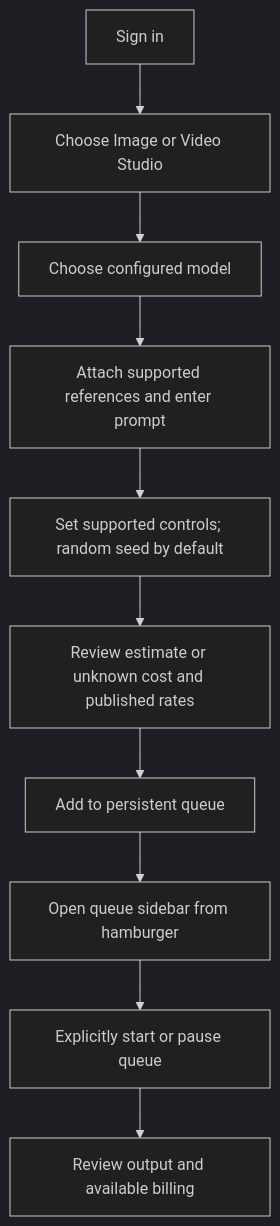
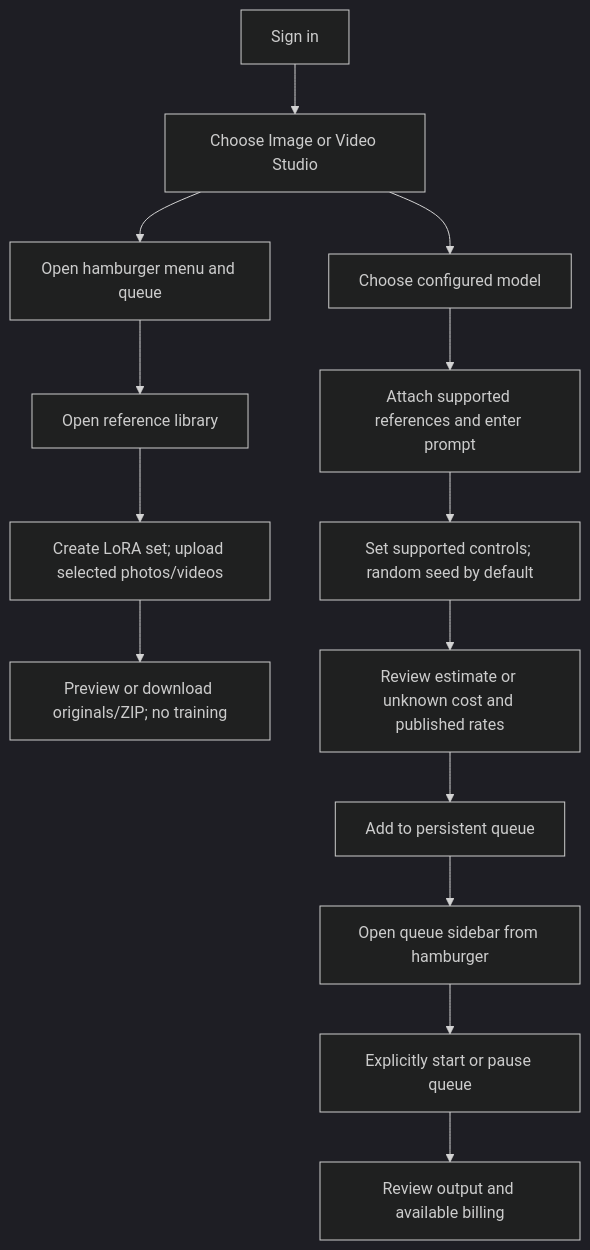
One commit to v-v-l/Open-Generative-AI changed the diagram in docs/diagrams/user-journey.md. Above: the diagram before and after it, drawn with Mermaid (dark theme). The commit also changed other lines of this file and 14 other files, not shown here.

````diff
--- a/docs/diagrams/user-journey.md
+++ b/docs/diagrams/user-journey.md
@@ -6,12 +6,16 @@
 ```mermaid
 flowchart TD
   Login[Sign in] --> Studio[Choose Image or Video Studio]
+  Studio --> Menu[Open hamburger menu and queue]
+  Menu --> Library[Open reference library]
+  Library --> LoRA[Create LoRA set; upload selected photos/videos]
+  LoRA --> Export[Preview or download originals/ZIP; no training]
   Studio --> Model[Choose configured model]
   Model --> Inputs[Attach supported references and enter prompt]
   Inputs --> Settings[Set supported controls; random seed by default]
   Settings --> Quote[Review estimate or unknown cost and published rates]
   Quote --> Enqueue[Add to persistent queue]
   Enqueue --> Sidebar[Open queue sidebar from hamburger]
   Sidebar --> Start[Explicitly start or pause queue]
   Start --> Result[Review output and available billing]
 ```
````
